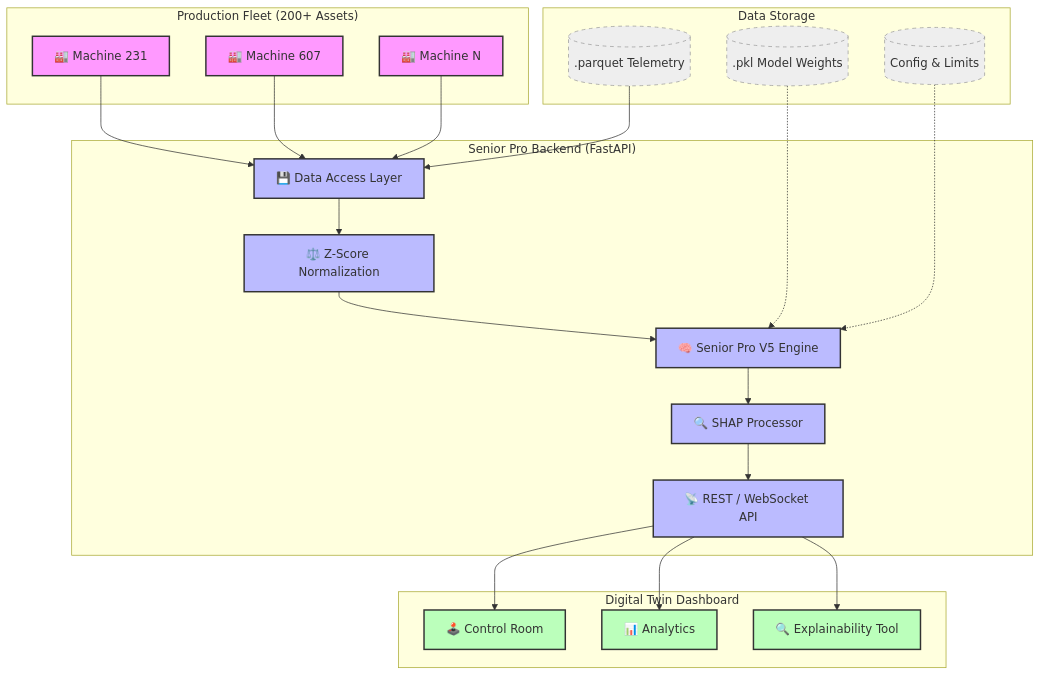
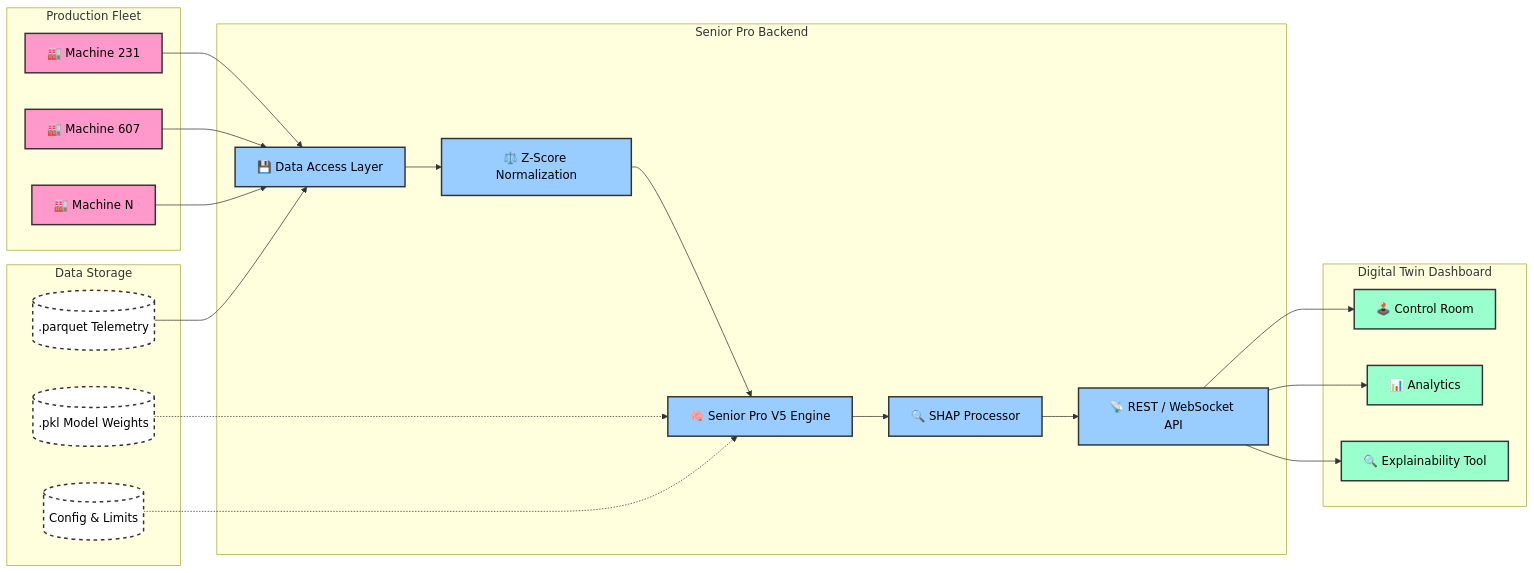
One commit to Vishh70/te-connectivity-3 changed the diagram in README.md. Above: the diagram before and after it, drawn with Mermaid.

Commit message:
docs: Fix Mermaid diagram visibility with black text and high contrast

````diff
--- a/README.md
+++ b/README.md
@@ -17,44 +17,44 @@
 ```mermaid
-graph TD
-    classDef machine fill:#f9f,stroke:#333,stroke-width:2px;
-    classDef backend fill:#bbf,stroke:#333,stroke-width:2px;
-    classDef frontend fill:#bfb,stroke:#333,stroke-width:2px;
-    classDef data fill:#eee,stroke:#999,stroke-dasharray: 5 5;
+graph LR
+    classDef machine fill:#ff99cc,stroke:#333,stroke-width:2px,color:#000;
+    classDef backend fill:#99ccff,stroke:#333,stroke-width:2px,color:#000;
+    classDef frontend fill:#99ffcc,stroke:#333,stroke-width:2px,color:#000;
+    classDef data fill:#ffffff,stroke:#333,stroke-width:2px,color:#000,stroke-dasharray: 5 5;
 
-    subgraph "Production Fleet (200+ Assets)"
+    subgraph "Production Fleet"
         M1["🏭 Machine 231"]:::machine
         M2["🏭 Machine 607"]:::machine
         Mn["🏭 Machine N"]:::machine
     end
 
     subgraph "Data Storage"
         PQT[(".parquet Telemetry")]:::data
         PKL[(".pkl Model Weights")]:::data
         JSON[("Config & Limits")]:::data
     end
 
-    subgraph "Senior Pro Backend (FastAPI)"
+    subgraph "Senior Pro Backend"
         DA["💾 Data Access Layer"]:::backend
         NORM["⚖️ Z-Score Normalization"]:::backend
         INF["🧠 Senior Pro V5 Engine"]:::backend
         SHAP["🔍 SHAP Processor"]:::backend
         API["📡 REST / WebSocket API"]:::backend
     end
 
     subgraph "Digital Twin Dashboard"
         DR["🕹️ Control Room"]:::frontend
         AH["📊 Analytics"]:::frontend
         XAI["🔍 Explainability Tool"]:::frontend
     end
 
     M1 & M2 & Mn --> DA
     PQT --> DA
     DA --> NORM
     NORM --> INF
     INF --> SHAP
     SHAP --> API
     PKL & JSON -.-> INF
     API --> DR
     API --> AH
     API --> XAI
 ```
````
